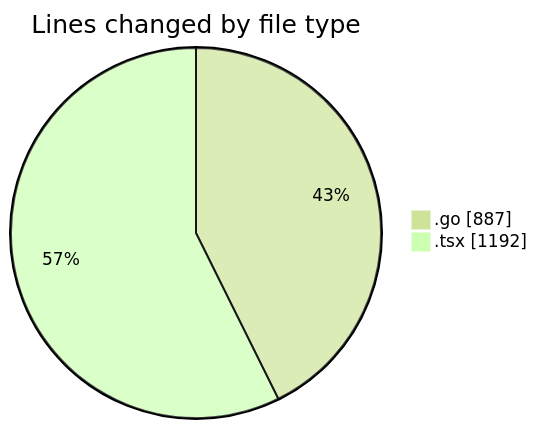
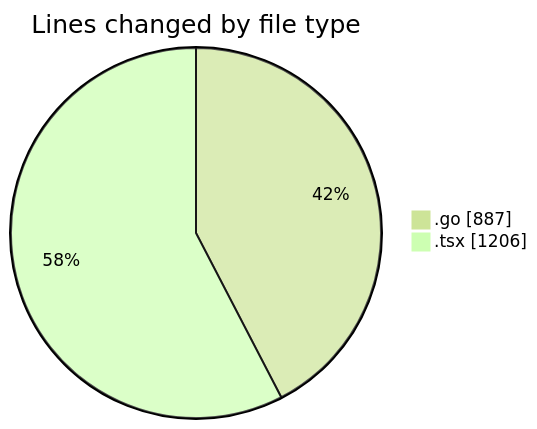
The first of 2 diagrams in 2025-03-05/termonied_testador/README.md (robertbonfada/code-tracking), drawn with Mermaid (forest theme) before and after one commit. The commit also changed other lines of this file and 1 other file, not shown here.

````diff
--- a/2025-03-05/termonied_testador/README.md
+++ b/2025-03-05/termonied_testador/README.md
@@ -26,6 +26,6 @@
 ```mermaid
 pie showData
 title Lines changed by file type
 ".go" : 887
-".tsx" : 1192
+".tsx" : 1206
 ```
````
